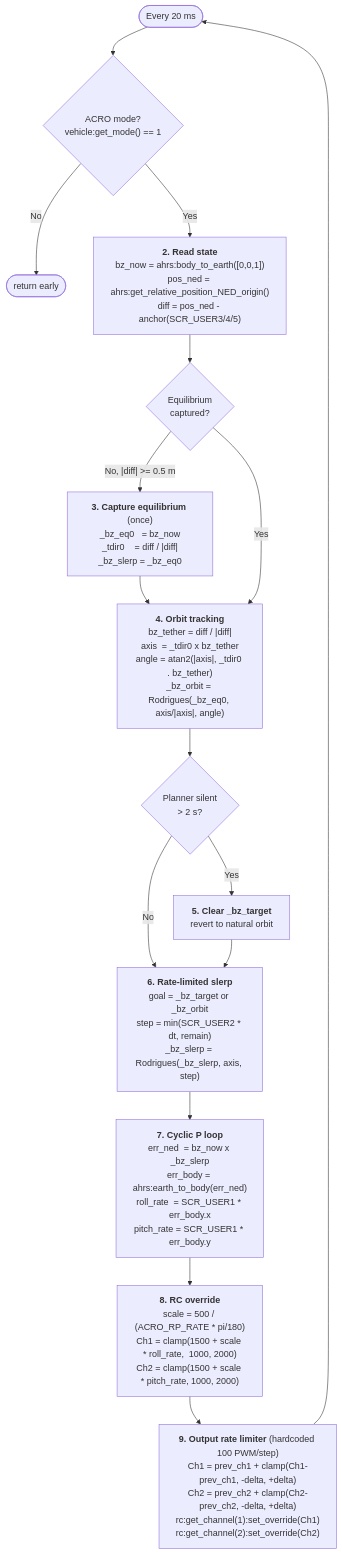
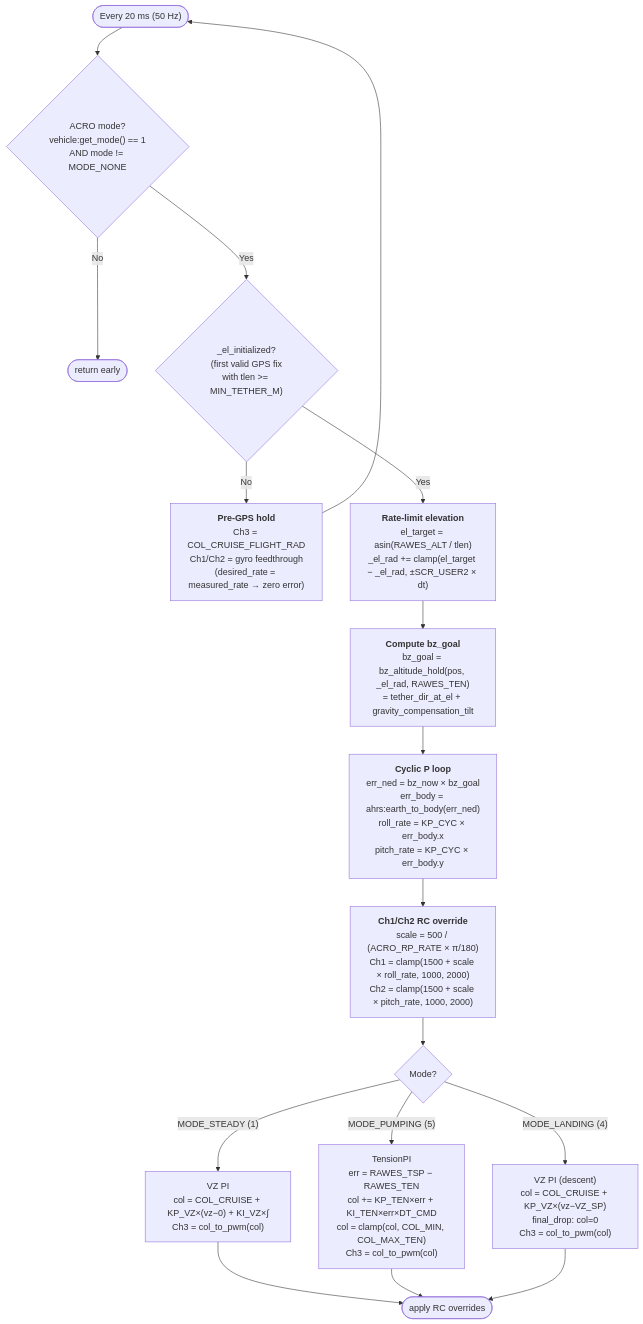
One commit to mcroomp/windpower changed the second of 2 diagrams in system/stack.md. Above: the diagram before and after it, drawn with Mermaid. The commit also changed other lines of this file and 1 other file, not shown here.

````diff
--- a/system/stack.md
+++ b/system/stack.md
@@ -805,23 +558,26 @@
 ```mermaid
 flowchart TD
-    START(["Every 20 ms"]) --> GUARD{"ACRO mode?<BR/>vehicle:get_mode() == 1"}
+    START(["Every 20 ms (50 Hz)"]) --> GUARD{"ACRO mode?\nvehicle:get_mode() == 1\nAND mode != MODE_NONE"}
     GUARD -- No --> SKIP(["return early"])
-    GUARD -- Yes --> READ["<b>2. Read state</b><BR/>bz_now = ahrs:body_to_earth([0,0,1])<BR/>pos_ned = ahrs:get_relative_position_NED_origin()<BR/>diff = pos_ned - anchor(SCR_USER3/4/5)"]
+    GUARD -- Yes --> GPS{"_el_initialized?\n(first valid GPS fix\nwith tlen >= MIN_TETHER_M)"}
 
-    READ --> CAPT{"Equilibrium<BR/>captured?"}
-    CAPT -- "No, |diff| >= 0.5 m" --> CAPTURE["<b>3. Capture equilibrium</b> (once)<BR/>_bz_eq0   = bz_now<BR/>_tdir0    = diff / |diff|<BR/>_bz_slerp = _bz_eq0"]
-    CAPTURE --> ORBIT
-    CAPT -- Yes --> ORBIT["<b>4. Orbit tracking</b><BR/>bz_tether = diff / |diff|<BR/>axis  = _tdir0 x bz_tether<BR/>angle = atan2(|axis|, _tdir0 . bz_tether)<BR/>_bz_orbit = Rodrigues(_bz_eq0, axis/|axis|, angle)"]
+    GPS -- No --> PREGPS["<b>Pre-GPS hold</b><BR/>Ch3 = COL_CRUISE_FLIGHT_RAD<BR/>Ch1/Ch2 = gyro feedthrough<BR/>(desired_rate = measured_rate → zero error)"]
+    PREGPS --> START
 
-    ORBIT --> TIMEOUT{"Planner silent<BR/>> 2 s?"}
-    TIMEOUT -- Yes --> CLEAR["<b>5. Clear _bz_target</b><BR/>revert to natural orbit"]
-    TIMEOUT -- No --> SLERP
-    CLEAR --> SLERP["<b>6. Rate-limited slerp</b><BR/>goal = _bz_target or _bz_orbit<BR/>step = min(SCR_USER2 * dt, remain)<BR/>_bz_slerp = Rodrigues(_bz_slerp, axis, step)"]
+    GPS -- Yes --> ELIM["<b>Rate-limit elevation</b><BR/>el_target = asin(RAWES_ALT / tlen)<BR/>_el_rad += clamp(el_target − _el_rad, ±SCR_USER2 × dt)"]
 
-    SLERP --> CYCLIC["<b>7. Cyclic P loop</b><BR/>err_ned  = bz_now x _bz_slerp<BR/>err_body = ahrs:earth_to_body(err_ned)<BR/>roll_rate  = SCR_USER1 * err_body.x<BR/>pitch_rate = SCR_USER1 * err_body.y"]
+    ELIM --> BZ["<b>Compute bz_goal</b><BR/>bz_goal = bz_altitude_hold(pos, _el_rad, RAWES_TEN)<BR/>= tether_dir_at_el + gravity_compensation_tilt"]
 
-    CYCLIC --> RC["<b>8. RC override</b><BR/>scale = 500 / (ACRO_RP_RATE * pi/180)<BR/>Ch1 = clamp(1500 + scale * roll_rate,  1000, 2000)<BR/>Ch2 = clamp(1500 + scale * pitch_rate, 1000, 2000)"]
+    BZ --> CYCLIC["<b>Cyclic P loop</b><BR/>err_ned = bz_now × bz_goal<BR/>err_body = ahrs:earth_to_body(err_ned)<BR/>roll_rate = KP_CYC × err_body.x<BR/>pitch_rate = KP_CYC × err_body.y"]
 
-    RC --> RLIMIT["<b>9. Output rate limiter</b> (hardcoded 100 PWM/step)<BR/>Ch1 = prev_ch1 + clamp(Ch1-prev_ch1, -delta, +delta)<BR/>Ch2 = prev_ch2 + clamp(Ch2-prev_ch2, -delta, +delta)<BR/>rc:get_channel(1):set_override(Ch1)<BR/>rc:get_channel(2):set_override(Ch2)"]
-    RLIMIT --> START
+    CYCLIC --> CH12["<b>Ch1/Ch2 RC override</b><BR/>scale = 500 / (ACRO_RP_RATE × π/180)<BR/>Ch1 = clamp(1500 + scale × roll_rate, 1000, 2000)<BR/>Ch2 = clamp(1500 + scale × pitch_rate, 1000, 2000)"]
+
+    CH12 --> COL{"Mode?"}
+    COL -- "MODE_STEADY (1)" --> VZPI["VZ PI<BR/>col = COL_CRUISE + KP_VZ×(vz−0) + KI_VZ×∫<BR/>Ch3 = col_to_pwm(col)"]
+    COL -- "MODE_PUMPING (5)" --> TENPI["TensionPI<BR/>err = RAWES_TSP − RAWES_TEN<BR/>col += KP_TEN×err + KI_TEN×err×DT_CMD<BR/>col = clamp(col, COL_MIN, COL_MAX_TEN)<BR/>Ch3 = col_to_pwm(col)"]
+    COL -- "MODE_LANDING (4)" --> VZLAND["VZ PI (descent)<BR/>col = COL_CRUISE + KP_VZ×(vz−VZ_SP)<BR/>final_drop: col=0<BR/>Ch3 = col_to_pwm(col)"]
+
+    VZPI --> END(["apply RC overrides"])
+    TENPI --> END
+    VZLAND --> END
 ```
````
